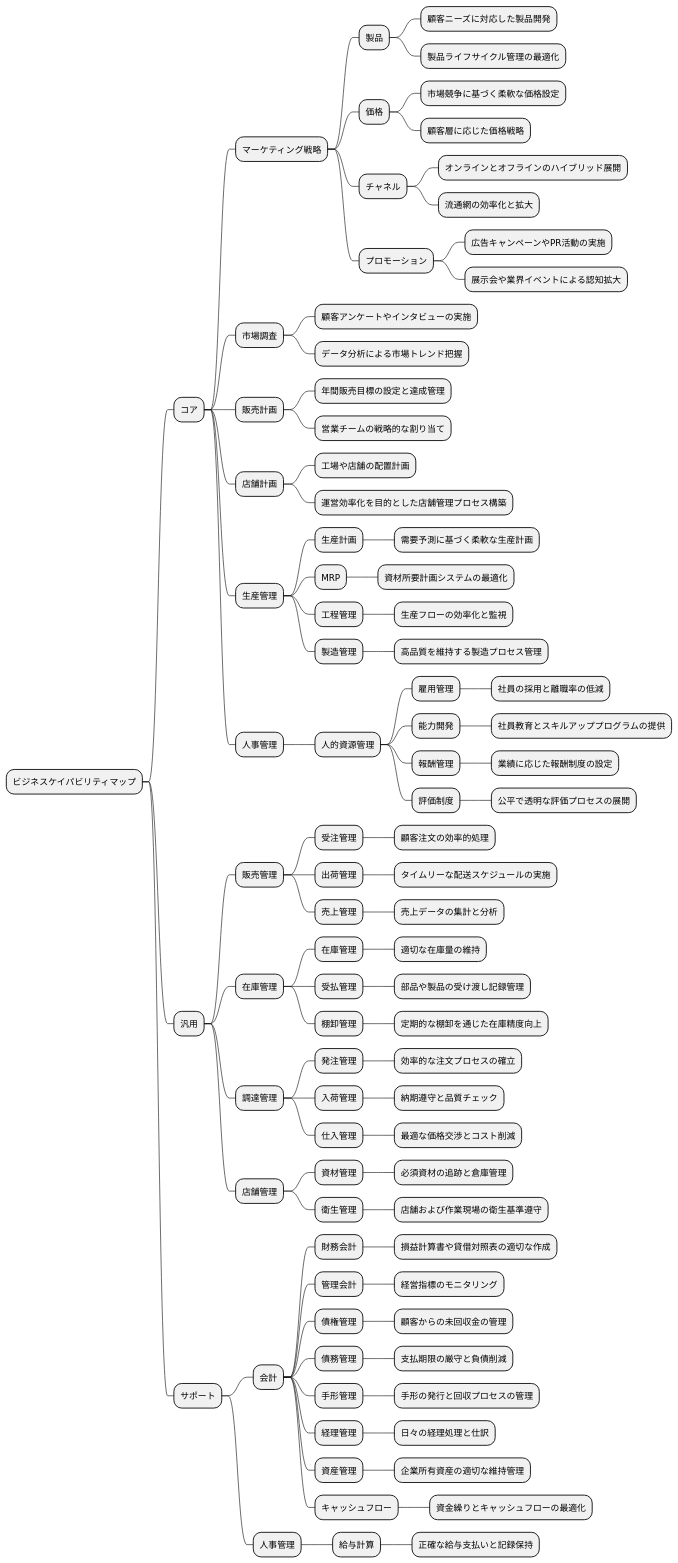
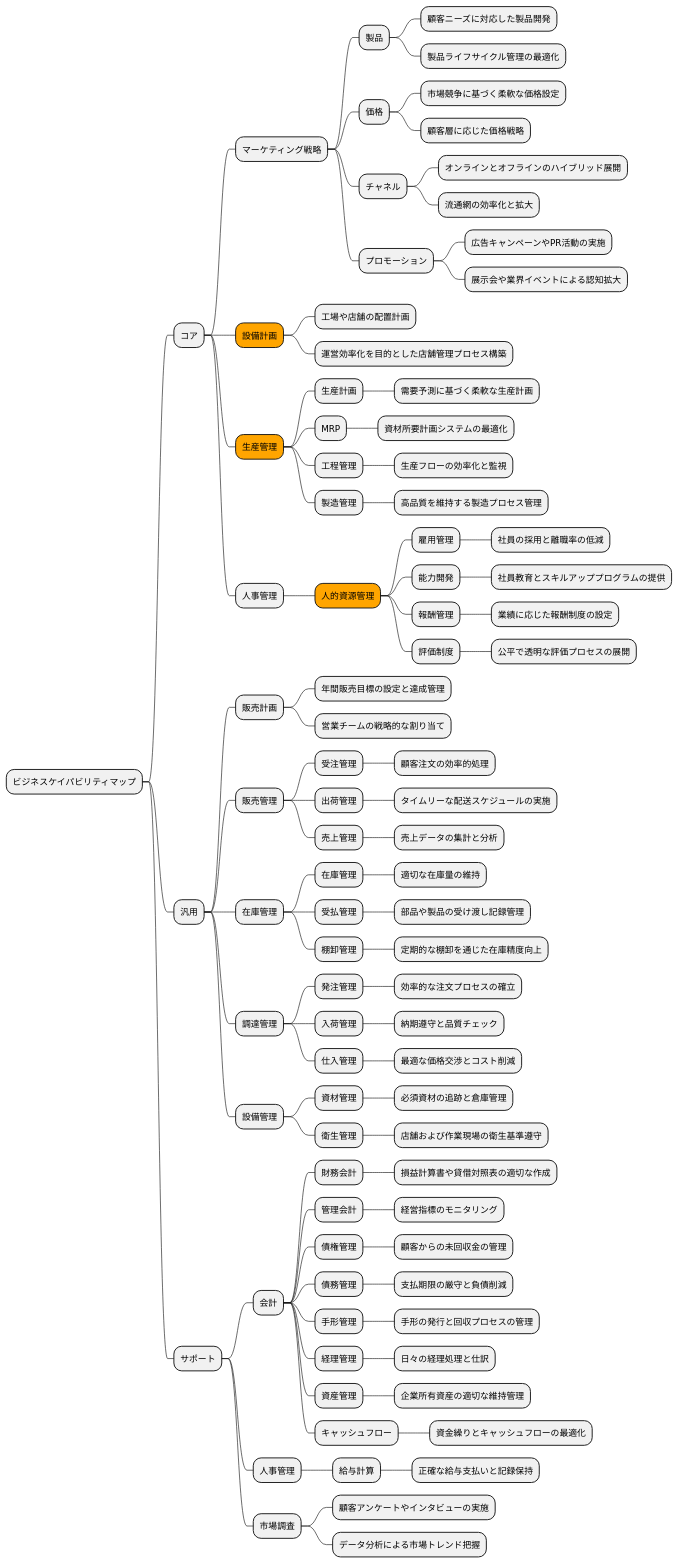
One commit to k2works/case-study-business-analysis changed diagram 13 of 19 in docs/case/r01_case_3.adoc. Above: the diagram before and after it, drawn with PlantUML. The commit also changed other lines of this file, not shown here.

```diff
--- a/docs/case/r01_case_3.adoc
+++ b/docs/case/r01_case_3.adoc
@@ -614,16 +644,10 @@
 **** プロモーション
 ***** 広告キャンペーンやPR活動の実施
 ***** 展示会や業界イベントによる認知拡大
-*** 市場調査
-**** 顧客アンケートやインタビューの実施
-**** データ分析による市場トレンド把握
-*** 販売計画
-**** 年間販売目標の設定と達成管理
-**** 営業チームの戦略的な割り当て
-*** 店舗計画
+***[#orange] 設備計画
 **** 工場や店舗の配置計画
 **** 運営効率化を目的とした店舗管理プロセス構築
-*** 生産管理
+***[#orange] 生産管理
 **** 生産計画
 ***** 需要予測に基づく柔軟な生産計画
 **** MRP
@@ -633,7 +657,7 @@
 **** 製造管理
 ***** 高品質を維持する製造プロセス管理
 *** 人事管理
-**** 人的資源管理
+****[#orange] 人的資源管理
 ***** 雇用管理
 ****** 社員の採用と離職率の低減
 ***** 能力開発
@@ -643,6 +667,9 @@
 ***** 評価制度
 ****** 公平で透明な評価プロセスの展開
 ** 汎用
+*** 販売計画
+**** 年間販売目標の設定と達成管理
+**** 営業チームの戦略的な割り当て
 *** 販売管理
 **** 受注管理
 ***** 顧客注文の効率的処理
@@ -664,7 +691,7 @@
 ***** 納期遵守と品質チェック
 **** 仕入管理
 ***** 最適な価格交渉とコスト削減
-*** 店舗管理
+*** 設備管理
 **** 資材管理
 ***** 必須資材の追跡と倉庫管理
 **** 衛生管理
@@ -690,6 +717,9 @@
 *** 人事管理
 **** 給与計算
 ***** 正確な給与支払いと記録保持
+*** 市場調査
+**** 顧客アンケートやインタビューの実施
+**** データ分析による市場トレンド把握
 
 @endmindmap
 ----
```
